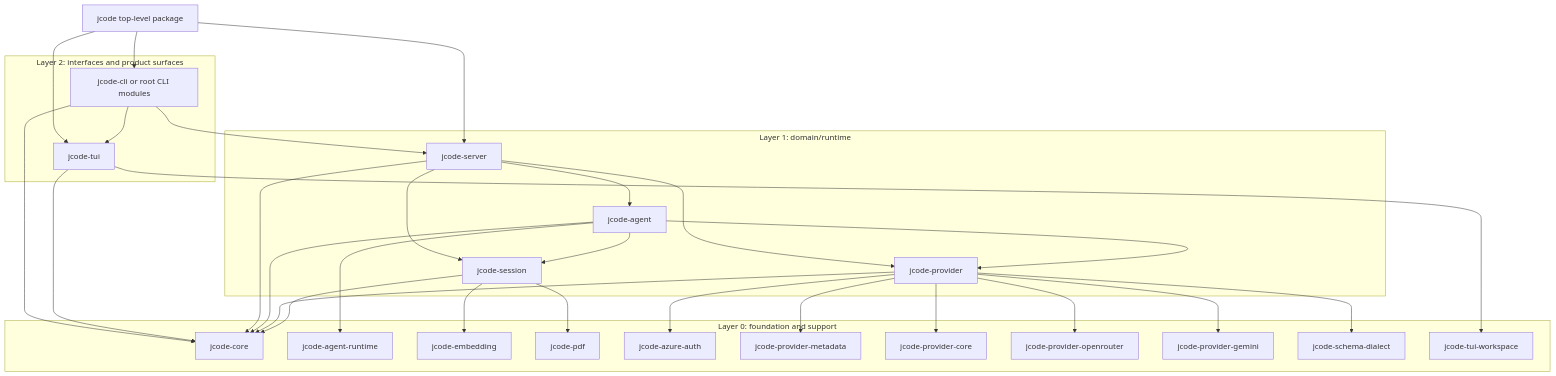
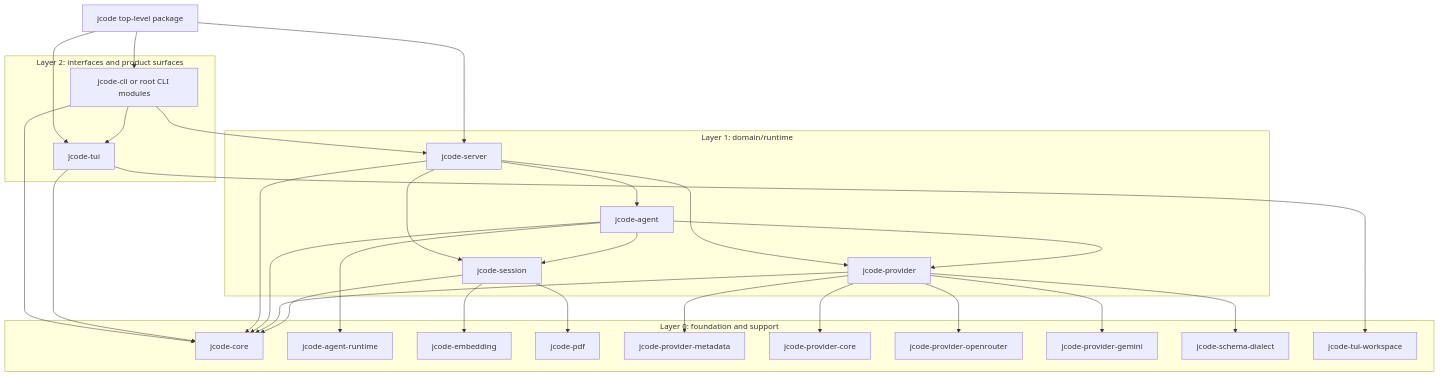
One commit to indrajeetadityaroy9/jcode changed the second of 2 diagrams in docs/MODULAR_ARCHITECTURE_RFC.md. Above: the diagram before and after it, drawn with Mermaid. The commit also changed other lines of this file and 174 other files, not shown here.

````diff
--- a/docs/MODULAR_ARCHITECTURE_RFC.md
+++ b/docs/MODULAR_ARCHITECTURE_RFC.md
@@ -410,63 +411,61 @@
 ```mermaid
 flowchart TD
   App[jcode top-level package]
 
   subgraph L2[Layer 2: interfaces and product surfaces]
     TUI[jcode-tui]
     CLI[jcode-cli or root CLI modules]
   end
 
   subgraph L1[Layer 1: domain/runtime]
     Server[jcode-server]
     Agent[jcode-agent]
     Provider[jcode-provider]
     Session[jcode-session]
   end
 
   subgraph L0[Layer 0: foundation and support]
     Core[jcode-core]
     AR[jcode-agent-runtime]
     Emb[jcode-embedding]
     PDF[jcode-pdf]
-    Azure[jcode-azure-auth]
     PMeta[jcode-provider-metadata]
     PCore[jcode-provider-core]
     POR[jcode-provider-openrouter]
     PGem[jcode-provider-gemini]
     Schema[jcode-schema-dialect]
     TW[jcode-tui-workspace]
   end
 
   App --> Server
   App --> TUI
   App --> CLI
 
   CLI --> Server
   CLI --> TUI
   CLI --> Core
 
   TUI --> Core
   TUI --> TW
 
   Server --> Agent
   Server --> Provider
   Server --> Session
   Server --> Core
 
   Agent --> Provider
   Agent --> Session
   Agent --> Core
   Agent --> AR
 
   Provider --> Core
   Provider --> PCore
   Provider --> PMeta
   Provider --> POR
   Provider --> PGem
   Provider --> Schema
-  Provider --> Azure
 
   Session --> Core
   Session --> Emb
   Session --> PDF
 ```
````
